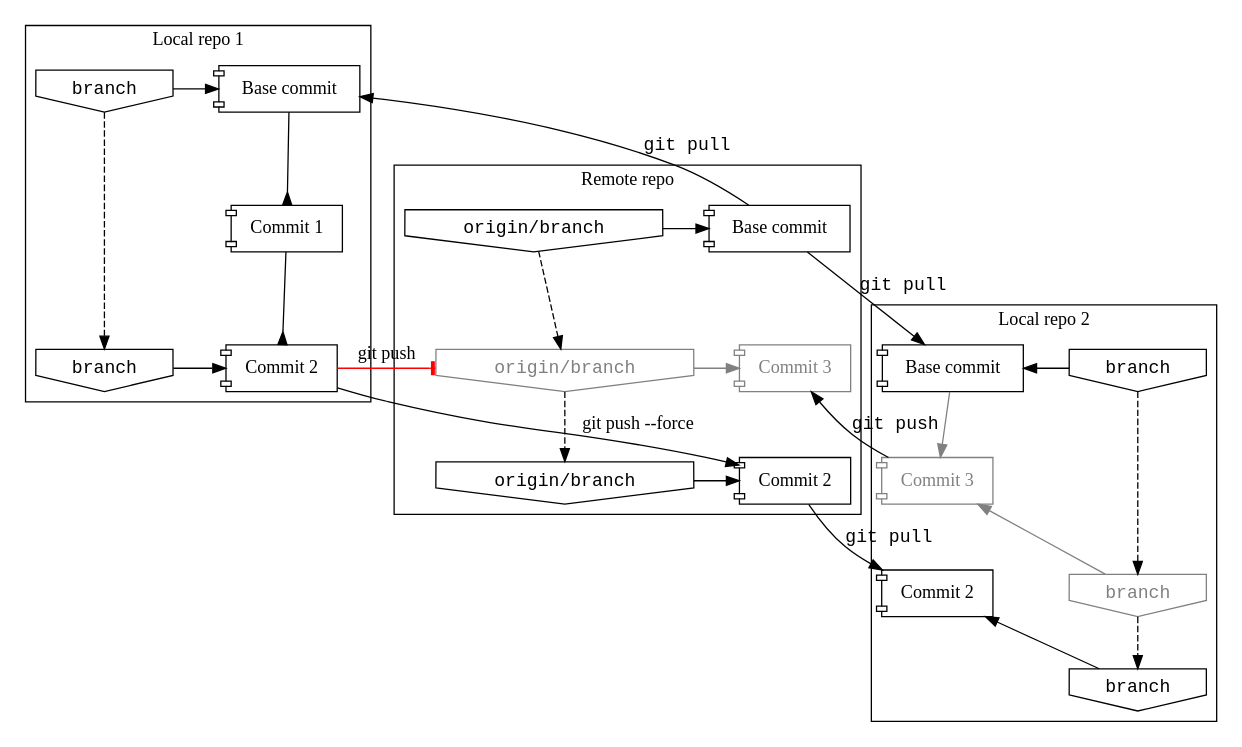
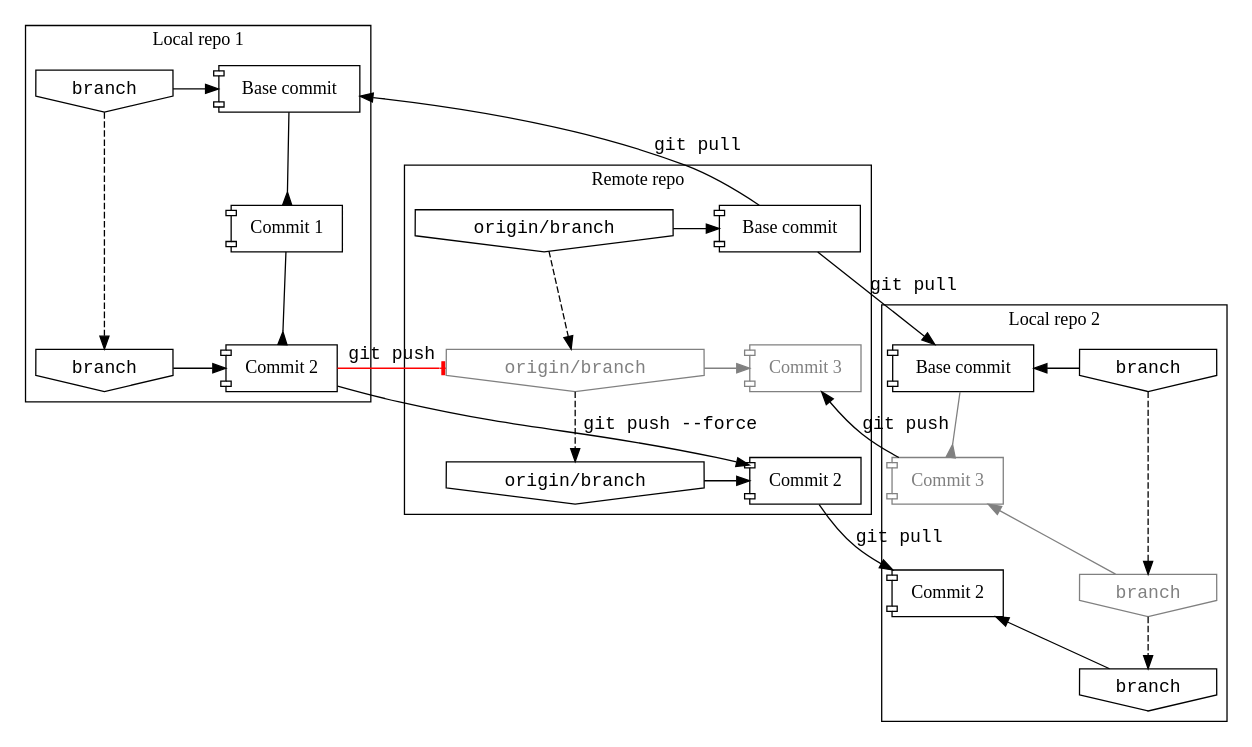
One commit to mathling-programming/lectures changed the fifth of 7 diagrams in source/gitanatomy.rst. Above: the diagram before and after it, drawn with Graphviz. The commit also changed other lines of this file, not shown here.

```diff
--- a/source/gitanatomy.rst
+++ b/source/gitanatomy.rst
@@ -212,64 +212,64 @@
 .. graphviz::
 
    digraph {
       subgraph cluster_baserepo {
          label = "Remote repo"
          base_commit [ shape = component, label = "Base commit" ]
          origin_branch [ shape = invhouse,  label = "origin/branch", fontname = "monospace" ]
          commit3_base  [ shape = component, label = "Commit 3", color = gray, fontcolor = gray  ]
          commit2_base  [ shape = component, label = "Commit 2" ]
          origin_branch_new [ shape = invhouse, label = "origin/branch", fontname = "monospace", color = gray, fontcolor = gray ]
          origin_branch_forced [ shape = invhouse, label = "origin/branch", fontname = "monospace" ]
 
          origin_branch -> base_commit [ constraint = false ]
          origin_branch_new -> commit3_base [ constraint = false, color = gray ]
          origin_branch_forced -> commit2_base [ constraint = false ]
 
          base_commit -> commit3_base [ style = invis ]
          commit3_base -> commit2_base [ style = invis ]
 
          origin_branch -> origin_branch_new [ style = dashed ]
          origin_branch_new -> origin_branch_forced [ style = dashed ]
       }
 
       subgraph cluster_repo1 {
           label = "Local repo 1"
           base_commit0 [ shape = component, label = "Base commit" ]
           local_branch [ shape = invhouse, label = "branch", fontname = "monospace" ]
           commit1 [ shape = component, label = "Commit 1" ]
           commit2 [ shape = component, label = "Commit 2" ]
           local_branch_new [ shape = invhouse, label = "branch", fontname = "monospace" ]
 
           local_branch -> base_commit0 [ constraint = false ]
           base_commit0 -> commit1 [ arrowhead = inv ]
           commit1 -> commit2 [ arrowhead = inv ]
           local_branch_new -> commit2 [ constraint = false ]
 
           local_branch -> local_branch_new [ style = dashed, minlen = 2 ]
       }
 
       subgraph cluster_repo2 {
           label = "Local repo 2"
           base_commit1 [ shape = component, label = "Base commit" ]
           local_branch2 [ shape = invhouse,  label = "branch", fontname = "monospace" ]
           commit3 [ shape = component, label = "Commit 3", color = gray, fontcolor = gray   ]
           local_branch_new2 [ shape = invhouse, label = "branch", fontname = "monospace", color = gray, fontcolor = gray   ]
           local_branch_forced2 [ shape = invhouse, label = "branch", fontname = "monospace" ]
           commit2_2 [ shape = component, label = "Commit 2"]
 
-          base_commit1 -> commit3 [ color = gray ]
+          base_commit1 -> commit3 [ arrowhead = inv, color = gray ]
           local_branch2 -> base_commit1 [ constraint = false ]
           local_branch2 -> local_branch_new2 [ style = dashed, minlen = 2 ]
           local_branch_new2 -> commit3 [ constraint = false, color = gray ]
           local_branch_forced2 -> commit2_2 [ constraint = false ]
           commit3 -> commit2_2 [ style = invis ]
           local_branch_new2 -> local_branch_forced2 [ style = dashed ]
       }
 
       base_commit -> base_commit0 [ label = "git pull", fontname = "monospace" ]
       base_commit -> base_commit1 [ label = "git pull", fontname = "monospace" ]
       commit3 -> commit3_base [ label = "git push", fontname = "monospace" ]
-      commit2 -> origin_branch_new [ label = "git push", color = red, arrowhead = tee ]
-      commit2 -> commit2_base [ label = "git push --force" ]
+      commit2 -> origin_branch_new [ label = "git push", color = red, arrowhead = tee, fontname = "monospace" ]
+      commit2 -> commit2_base [ label = "git push --force", fontname = "monospace" ]
       commit2_base -> commit2_2 [ label = "git pull", fontname = "monospace" ]
    }
```
